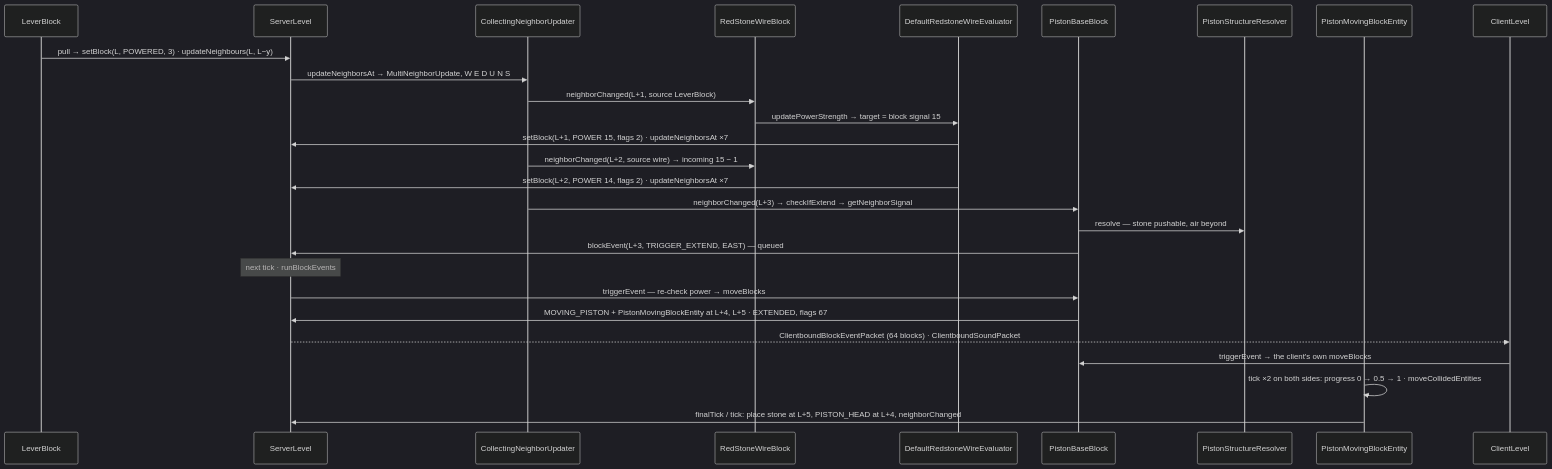
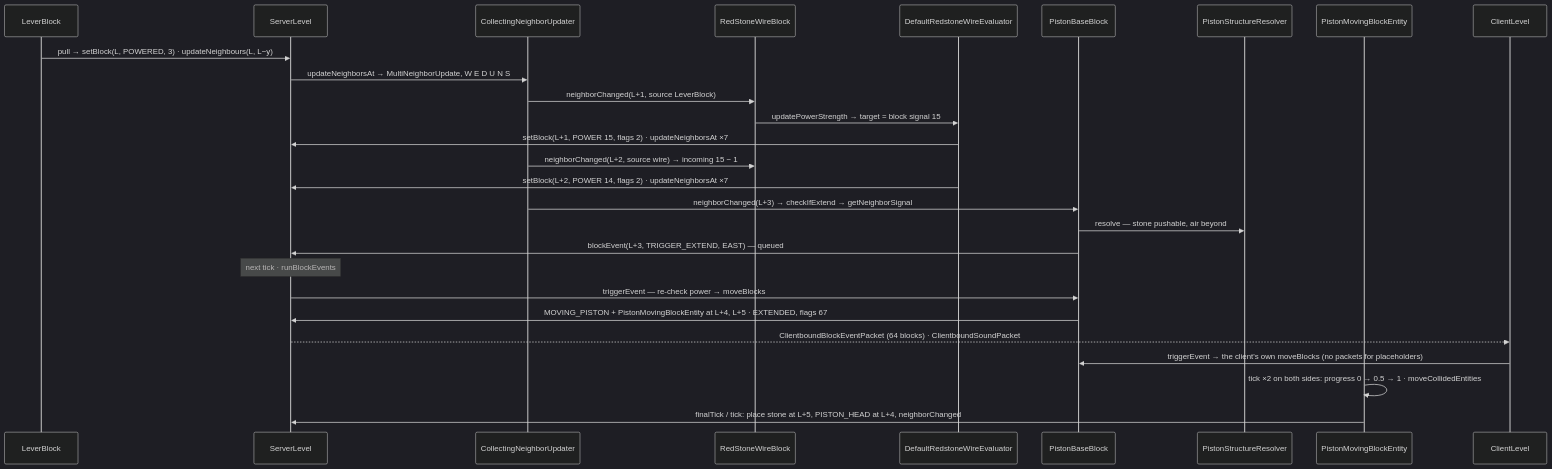
Before and after one commit to AlexanderjFraser/MinecraftDocs: the diagram in src/systems/blocks/redstone.md, drawn with Mermaid (dark theme). The commit also changed other lines of this file and 8 other files, not shown here.

````diff
--- a/src/systems/blocks/redstone.md
+++ b/src/systems/blocks/redstone.md
@@ -131,30 +143,30 @@
 ```mermaid
 sequenceDiagram
     participant LB as LeverBlock
     participant SL as ServerLevel
     participant NU as CollectingNeighborUpdater
     participant RW as RedStoneWireBlock
     participant EV as DefaultRedstoneWireEvaluator
     participant PB as PistonBaseBlock
     participant PR as PistonStructureResolver
     participant ME as PistonMovingBlockEntity
     participant CL as ClientLevel
 
     LB->>SL: pull → setBlock(L, POWERED, 3) · updateNeighbours(L, L−y)
     SL->>NU: updateNeighborsAt → MultiNeighborUpdate, W E D U N S
     NU->>RW: neighborChanged(L+1, source LeverBlock)
     RW->>EV: updatePowerStrength → target = block signal 15
     EV->>SL: setBlock(L+1, POWER 15, flags 2) · updateNeighborsAt ×7
     NU->>RW: neighborChanged(L+2, source wire) → incoming 15 − 1
     EV->>SL: setBlock(L+2, POWER 14, flags 2) · updateNeighborsAt ×7
     NU->>PB: neighborChanged(L+3) → checkIfExtend → getNeighborSignal
     PB->>PR: resolve — stone pushable, air beyond
     PB->>SL: blockEvent(L+3, TRIGGER_EXTEND, EAST) — queued
     Note over SL: next tick · runBlockEvents
     SL->>PB: triggerEvent — re-check power → moveBlocks
     PB->>SL: MOVING_PISTON + PistonMovingBlockEntity at L+4, L+5 · EXTENDED, flags 67
     SL-->>CL: ClientboundBlockEventPacket (64 blocks) · ClientboundSoundPacket
-    CL->>PB: triggerEvent → the client's own moveBlocks
+    CL->>PB: triggerEvent → the client's own moveBlocks (no packets for placeholders)
     ME->>ME: tick ×2 on both sides: progress 0 → 0.5 → 1 · moveCollidedEntities
     ME->>SL: finalTick / tick: place stone at L+5, PISTON_HEAD at L+4, neighborChanged
 ```
````
